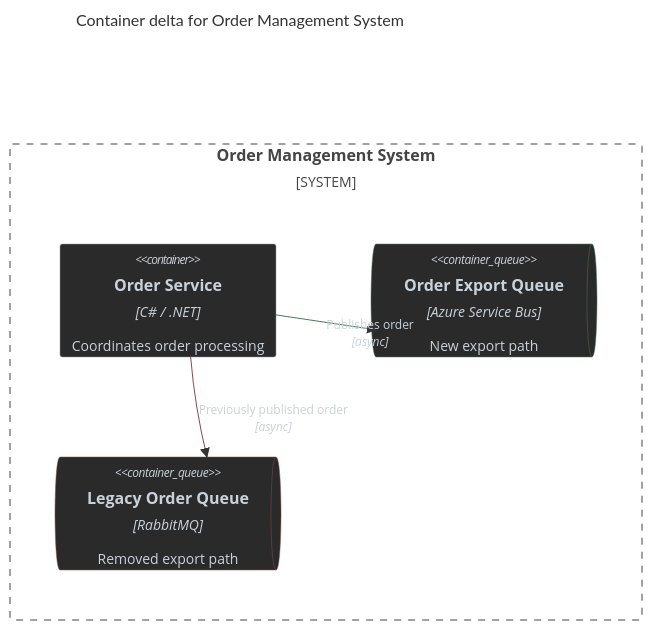
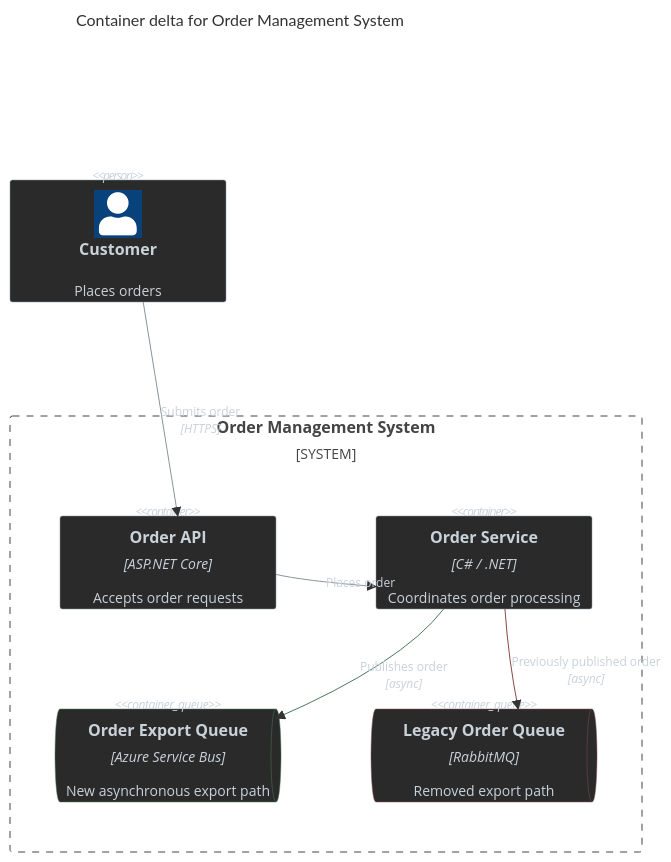
Before and after one commit to antshc/brain: the second of 4 diagrams in plugins/wf/skills/architecture-diagram/README.md, drawn with Mermaid. The commit also changed other lines of this file, not shown here.

Commit message:
Preserve architecture diagram examples

````diff
--- a/plugins/wf/skills/architecture-diagram/README.md
+++ b/plugins/wf/skills/architecture-diagram/README.md
@@ -43,19 +62,34 @@
 ```mermaid
+---
+config:
+  c4:
+    c4ShapePadding: 0
+---
 C4Container
     title Container delta for Order Management System
 
+    Person(customer, "Customer", "Places orders")
+
     System_Boundary(system, "Order Management System") {
+        Container(api, "Order API", "ASP.NET Core", "Accepts order requests")
         Container(service, "Order Service", "C# / .NET", "Coordinates order processing")
-        ContainerQueue(exportQueue, "Order Export Queue", "Azure Service Bus", "New export path")
+        ContainerQueue(exportQueue, "Order Export Queue", "Azure Service Bus", "New asynchronous export path")
         ContainerQueue(legacyQueue, "Legacy Order Queue", "RabbitMQ", "Removed export path")
     }
 
+    Rel(customer, api, "Submits order", "HTTPS")
+    Rel(api, service, "Places order")
     Rel(service, exportQueue, "Publishes order", "async")
     Rel(service, legacyQueue, "Previously published order", "async")
 
+    UpdateElementStyle(customer, $fontColor="#c9d1d9", $bgColor="#2a2a2a", $borderColor="#8b949e")
+    UpdateElementStyle(api, $fontColor="#c9d1d9", $bgColor="#2a2a2a", $borderColor="#8b949e")
     UpdateElementStyle(service, $fontColor="#c9d1d9", $bgColor="#2a2a2a", $borderColor="#8b949e")
     UpdateElementStyle(exportQueue, $fontColor="#c9d1d9", $bgColor="#2a2a2a", $borderColor="#4a7a5a")
     UpdateElementStyle(legacyQueue, $fontColor="#c9d1d9", $bgColor="#2a2a2a", $borderColor="#8a4a4a")
+
+    UpdateRelStyle(customer, api, $textColor="#c9d1d9", $lineColor="#8b949e")
+    UpdateRelStyle(api, service, $textColor="#c9d1d9", $lineColor="#8b949e")
     UpdateRelStyle(service, exportQueue, $textColor="#c9d1d9", $lineColor="#4a7a5a")
     UpdateRelStyle(service, legacyQueue, $textColor="#c9d1d9", $lineColor="#8a4a4a")
 ```
````
